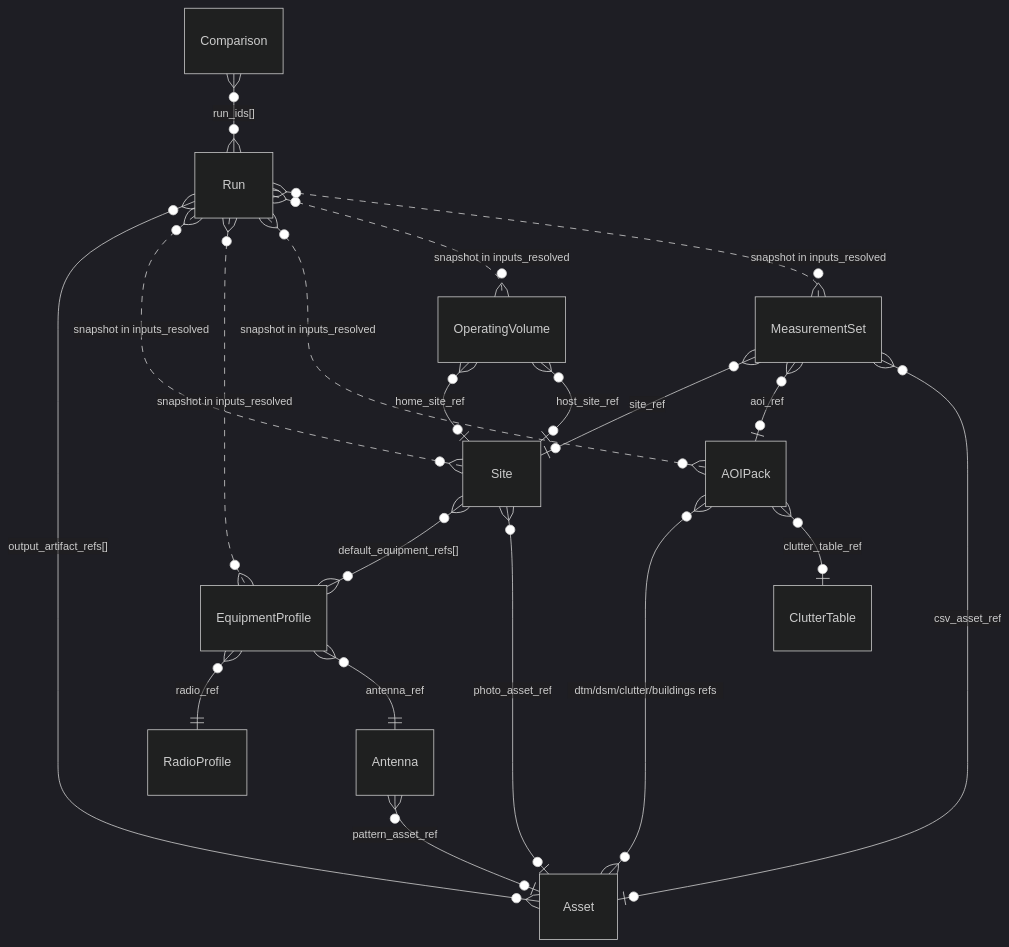
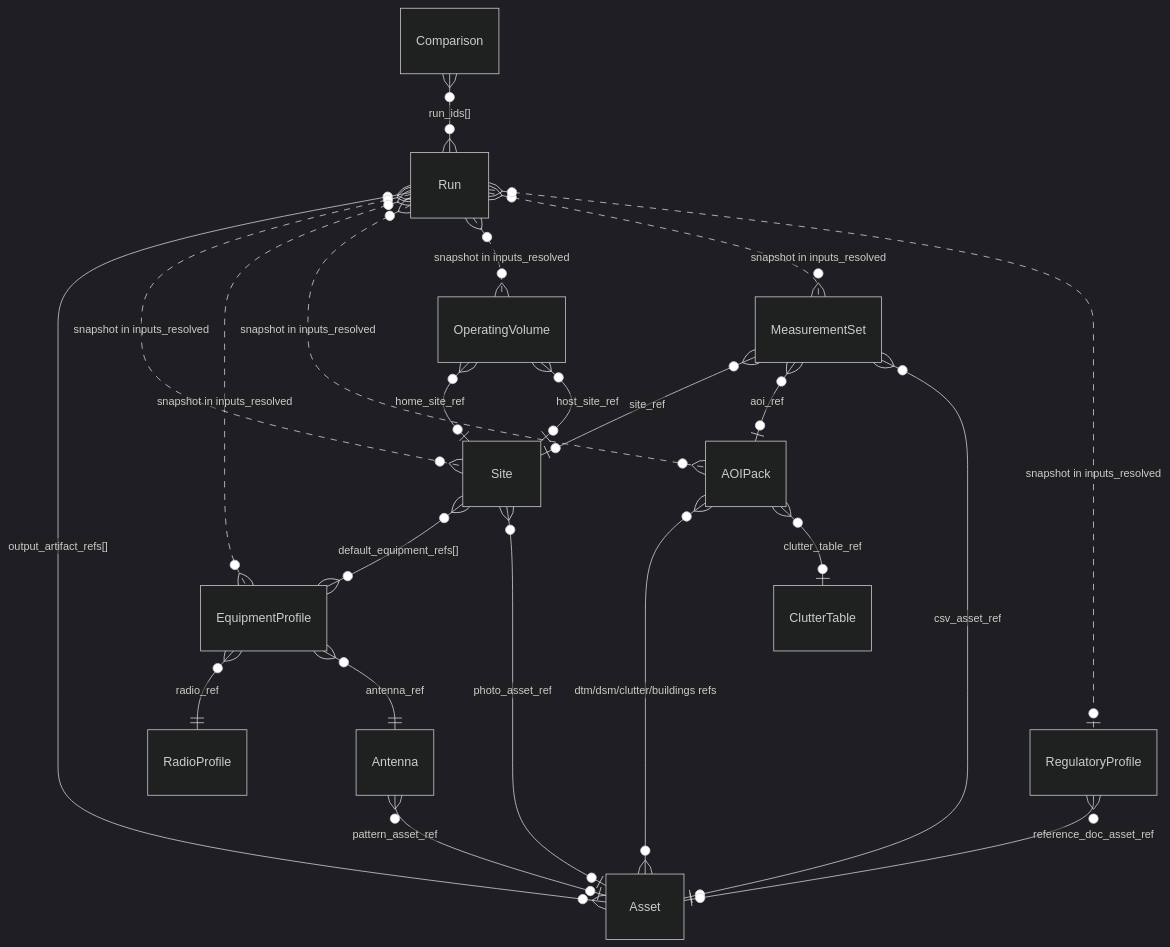
Before and after one commit to larry-watkins-wps/RfAnalyzerAPI: the fourth of 9 diagrams in docs/superpowers/specs/2026-04-25-rf-site-planning-api-design.md, drawn with Mermaid (dark theme). The commit also changed other lines of this file and 13 other files, not shown here.

First line of the commit message:
Add regulatory_profile entity, Appendix E (OPSEC), retention diagram, scenarios, and golden test vectors

````diff
--- a/docs/superpowers/specs/2026-04-25-rf-site-planning-api-design.md
+++ b/docs/superpowers/specs/2026-04-25-rf-site-planning-api-design.md
@@ -361,29 +366,32 @@
 ```mermaid
 erDiagram
     Site               }o--o{ EquipmentProfile : "default_equipment_refs[]"
     Site               }o--o| Asset            : "photo_asset_ref"
 
     EquipmentProfile   }o--|| RadioProfile     : "radio_ref"
     EquipmentProfile   }o--|| Antenna          : "antenna_ref"
 
     Antenna            }o--o| Asset            : "pattern_asset_ref"
 
     AOIPack            }o--o{ Asset            : "dtm/dsm/clutter/buildings refs"
     AOIPack            }o--o| ClutterTable     : "clutter_table_ref"
 
     OperatingVolume    }o--o| Site             : "home_site_ref"
     OperatingVolume    }o--o| Site             : "host_site_ref"
 
     MeasurementSet     }o--o| Site             : "site_ref"
     MeasurementSet     }o--o| AOIPack          : "aoi_ref"
     MeasurementSet     }o--o| Asset            : "csv_asset_ref"
 
     Comparison         }o--o{ Run              : "run_ids[]"
 
     Run                }o--o{ Asset            : "output_artifact_refs[]"
     Run                }o..o{ Site             : "snapshot in inputs_resolved"
     Run                }o..o{ EquipmentProfile : "snapshot in inputs_resolved"
     Run                }o..o{ AOIPack          : "snapshot in inputs_resolved"
     Run                }o..o{ OperatingVolume  : "snapshot in inputs_resolved"
     Run                }o..o{ MeasurementSet   : "snapshot in inputs_resolved"
+    Run                }o..o| RegulatoryProfile: "snapshot in inputs_resolved"
+
+    RegulatoryProfile  }o--o| Asset            : "reference_doc_asset_ref"
 ```
````
